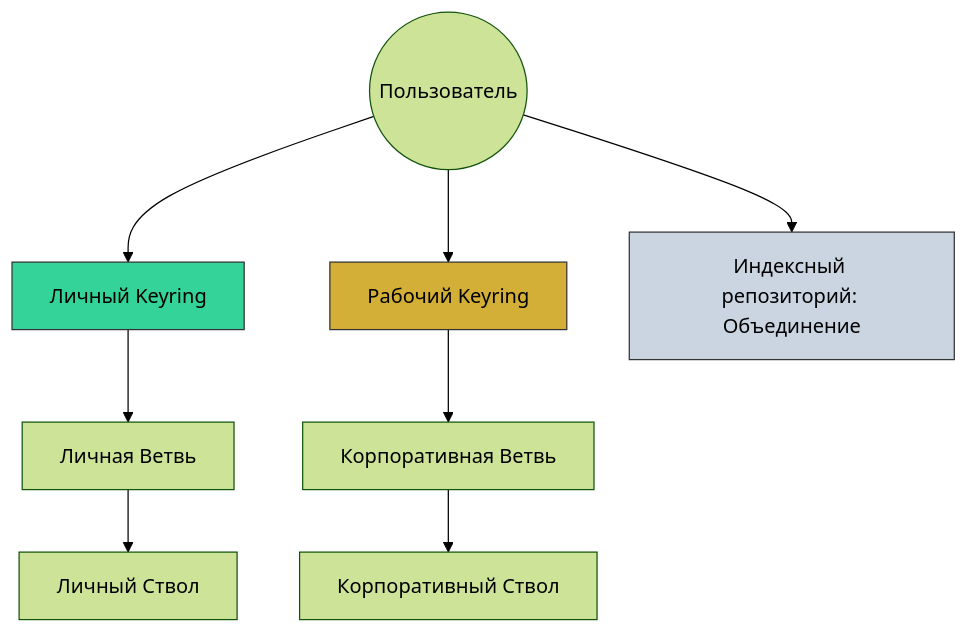
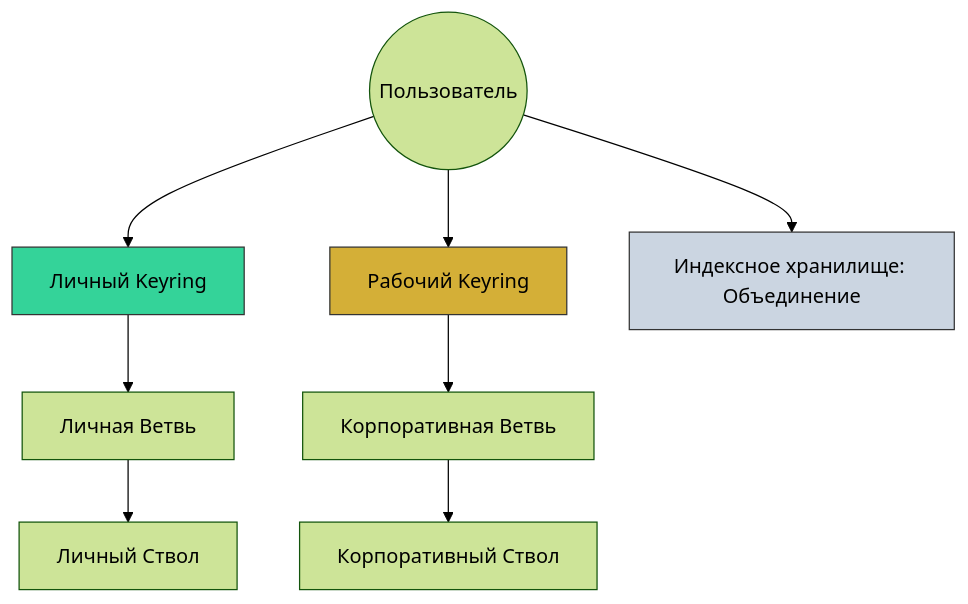
Diagram 35 of 51 in shared_docs/Технический документ платформы Турбаза.md (Data-Independence-Network/presentations), drawn with Mermaid (forest theme) before and after one commit. The commit also changed other lines of this file and 8 other files, not shown here.

````diff
--- a/shared_docs/Технический документ платформы Турбаза.md
+++ b/shared_docs/Технический документ платформы Турбаза.md
@@ -955,17 +955,17 @@
 ```mermaid
 graph TD
     User((Пользователь)) --> KR1[Личный Keyring]
     User --> KR2[Рабочий Keyring]
     
     KR1 --> BranchP[Личная Ветвь]
     KR2 --> BranchB[Корпоративная Ветвь]
     
     BranchP --> TrunkP[Личный Ствол]
     BranchB --> TrunkB[Корпоративный Ствол]
     
-    User --> Index[Индексный репозиторий: Объединение]
+    User --> Index[Индексное хранилище: Объединение]
     
     style KR1 fill:#34D399,stroke:#333
     style KR2 fill:#D4AF37,stroke:#333
     style Index fill:#cbd5e1,stroke:#333
 ```
````
